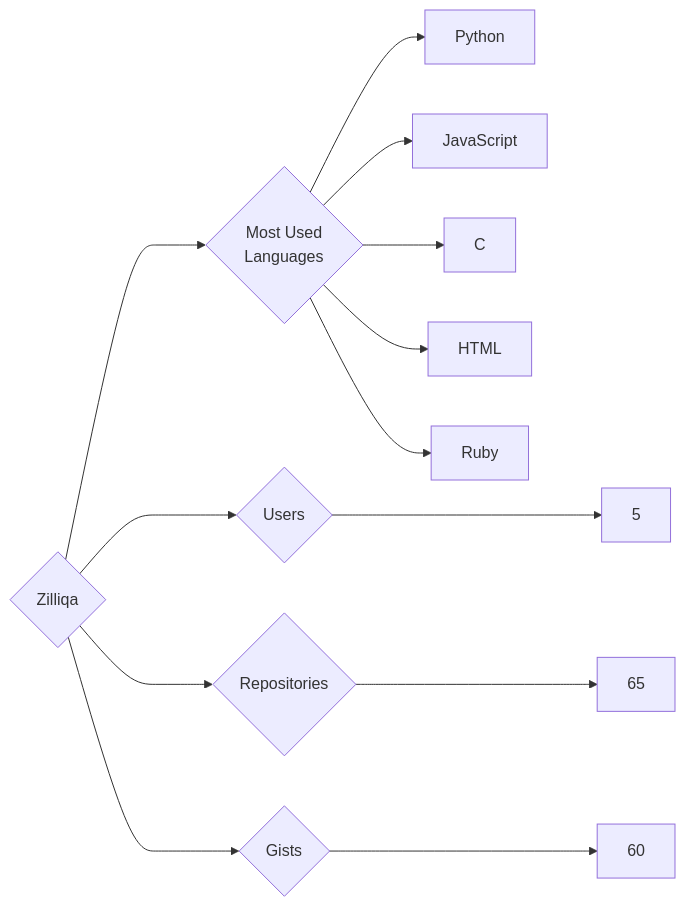
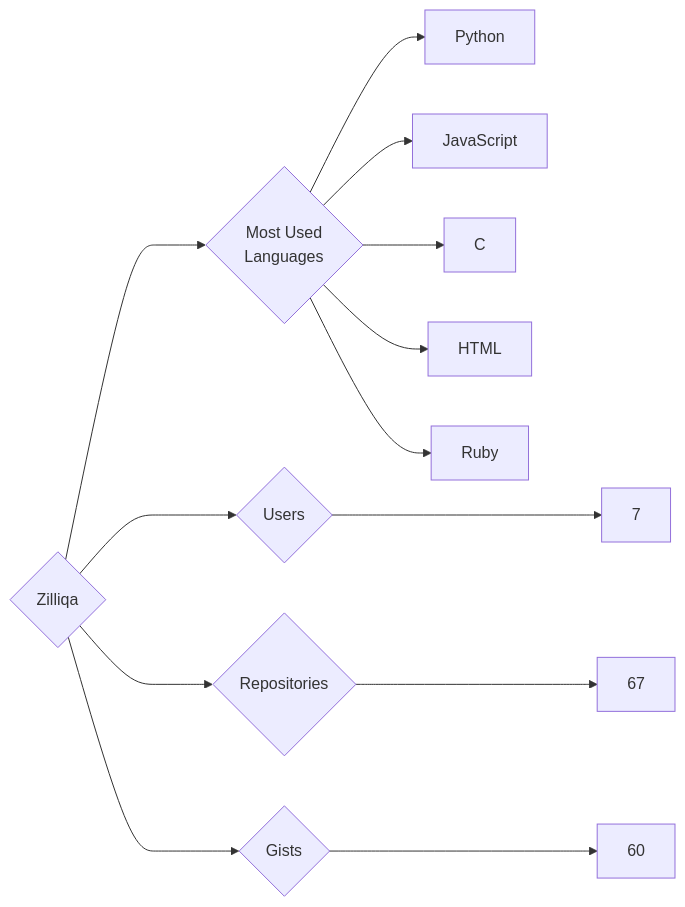
One commit to trickest/insiders changed the diagram in targets/Zilliqa/README.md. Above: the diagram before and after it, drawn with Mermaid. The commit also changed 973 other files, not shown here.

````diff
--- a/targets/Zilliqa/README.md
+++ b/targets/Zilliqa/README.md
@@ -3,13 +3,13 @@
 ```mermaid
 graph LR
 COMPANY_NAME{Zilliqa}
-COMPANY_NAME ---> U{Users} ---> UN[5]
-COMPANY_NAME ---> R{Repositories} ---> RN[65]
+COMPANY_NAME ---> U{Users} ---> UN[7]
+COMPANY_NAME ---> R{Repositories} ---> RN[67]
 COMPANY_NAME ---> G{Gists} ---> GN[60]
 COMPANY_NAME ---> ML{Most Used<br>Languages}
 ML --> Python[Python]
 ML --> JavaScript[JavaScript]
 ML --> C[C]
 ML --> HTML[HTML]
 ML --> Ruby[Ruby]
 ```
````
